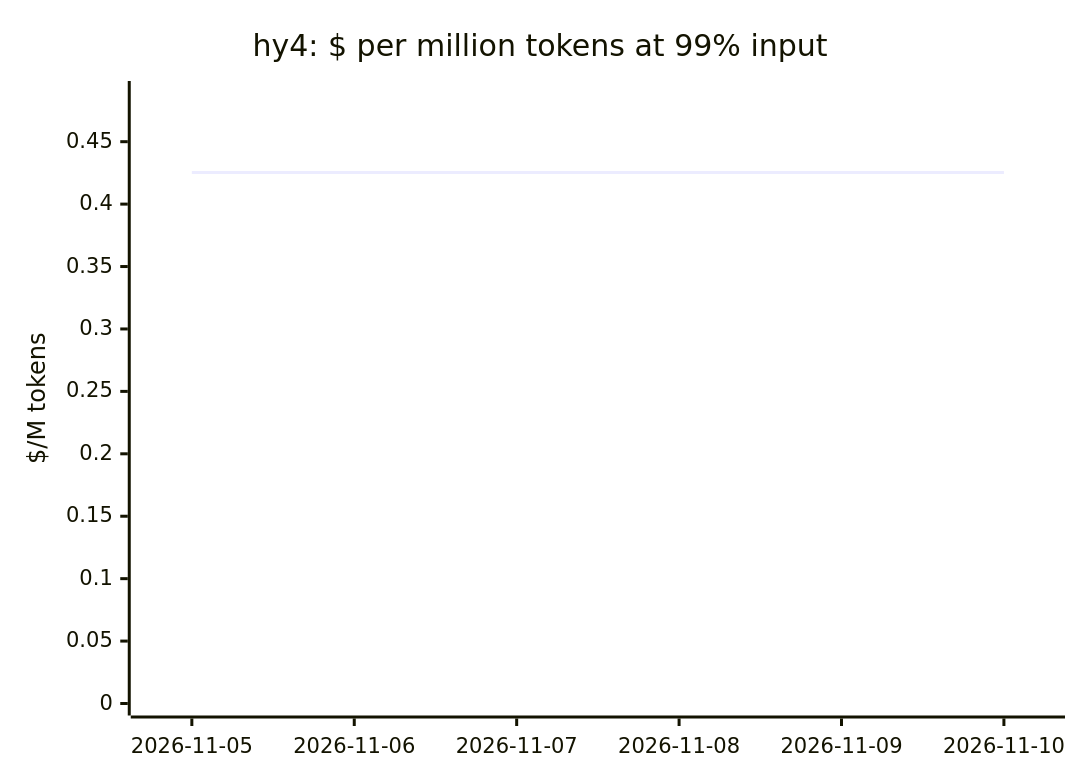
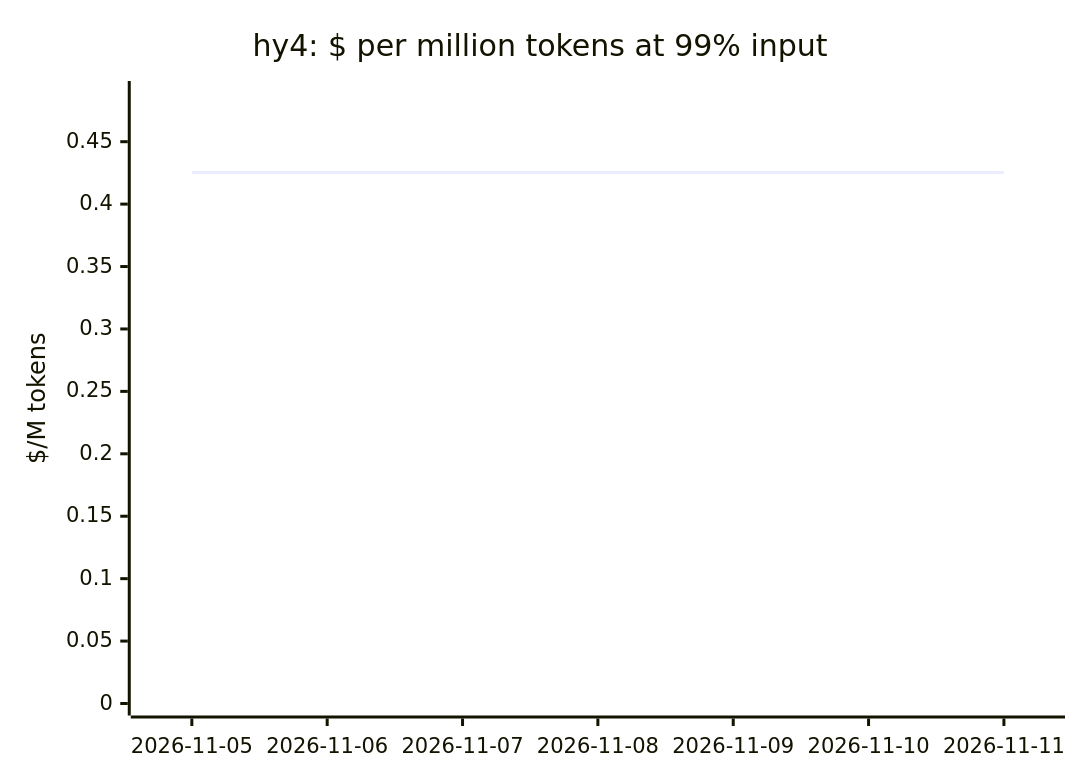
Diagram 16 of 19 in docs/openrouter-models.md (cklukas/OMEGA_TRANSFORM), drawn with Mermaid before and after one commit. The commit also changed other lines of this file and 43 other files, not shown here.

````diff
--- a/docs/openrouter-models.md
+++ b/docs/openrouter-models.md
@@ -276,7 +276,7 @@
 ```mermaid
 xychart-beta
     title "hy4: $ per million tokens at 99% input"
-    x-axis ["2026-11-05", "2026-11-06", "2026-11-07", "2026-11-08", "2026-11-09", "2026-11-10"]
+    x-axis ["2026-11-05", "2026-11-06", "2026-11-07", "2026-11-08", "2026-11-09", "2026-11-10", "2026-11-11"]
     y-axis "$/M tokens" 0 --> 0.489
-    line [0.4254, 0.4254, 0.4254, 0.4254, 0.4254, 0.4254]
+    line [0.4254, 0.4254, 0.4254, 0.4254, 0.4254, 0.4254, 0.4254]
 ```
````
